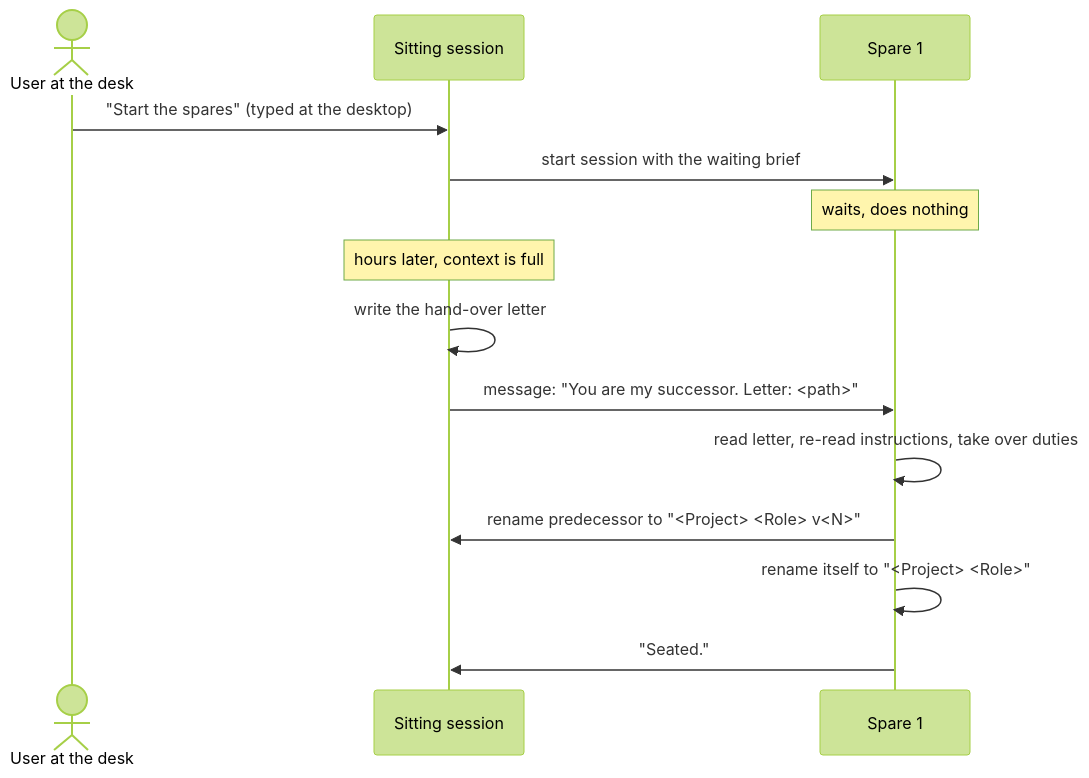
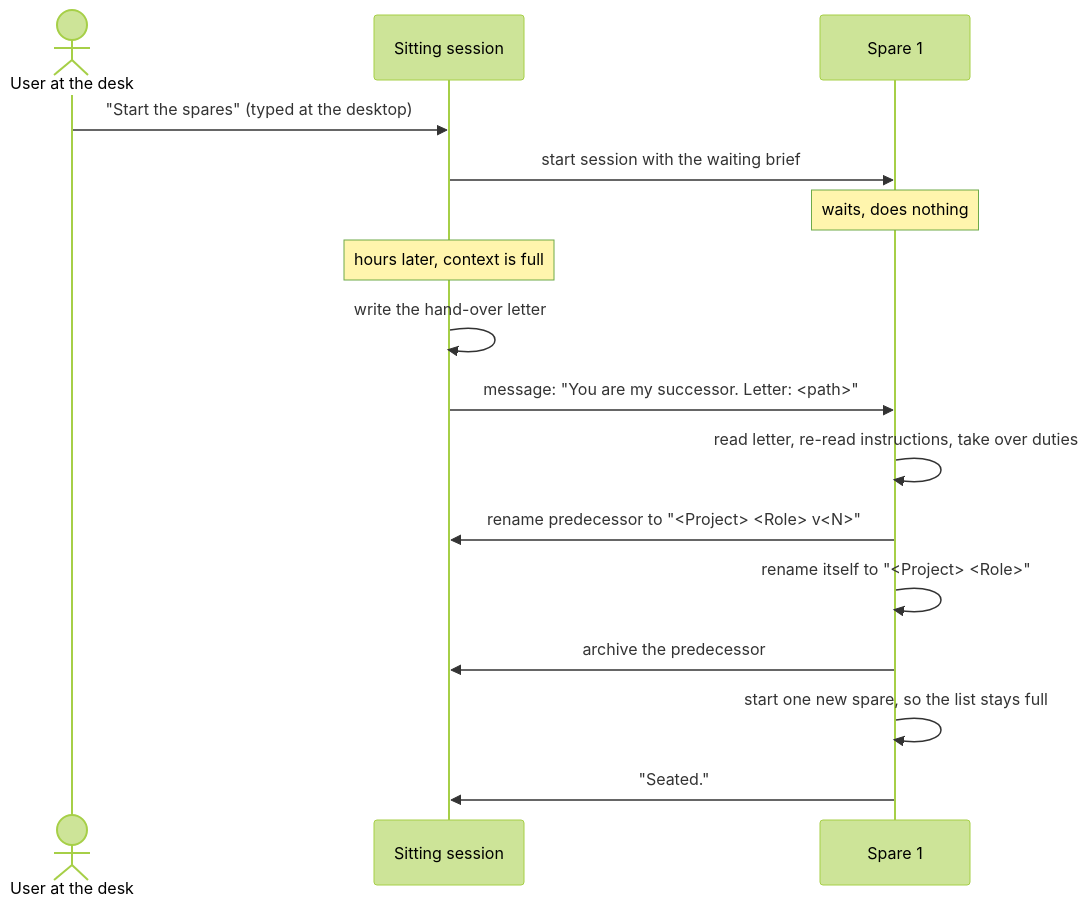
One commit to viktor-milev/claude-code-session-spares changed the diagram in README.md. Above: the diagram before and after it, drawn with Mermaid (forest theme). The commit also changed other lines of this file and 9 other files, not shown here.

Commit message:
The chain: each new seat archives its predecessor and starts one spare

````diff
--- a/README.md
+++ b/README.md
@@ -21,16 +34,18 @@
 ```mermaid
 sequenceDiagram
     actor User as User at the desk
     participant Sitting as Sitting session
     participant Spare as Spare 1
     User->>Sitting: "Start the spares" (typed at the desktop)
     Sitting->>Spare: start session with the waiting brief
     Note over Spare: waits, does nothing
     Note over Sitting: hours later, context is full
     Sitting->>Sitting: write the hand-over letter
     Sitting->>Spare: message: "You are my successor. Letter: <path>"
     Spare->>Spare: read letter, re-read instructions, take over duties
     Spare->>Sitting: rename predecessor to "<Project> <Role> v<N>"
     Spare->>Spare: rename itself to "<Project> <Role>"
+    Spare->>Sitting: archive the predecessor
+    Spare->>Spare: start one new spare, so the list stays full
     Spare->>Sitting: "Seated."
 ```
````
